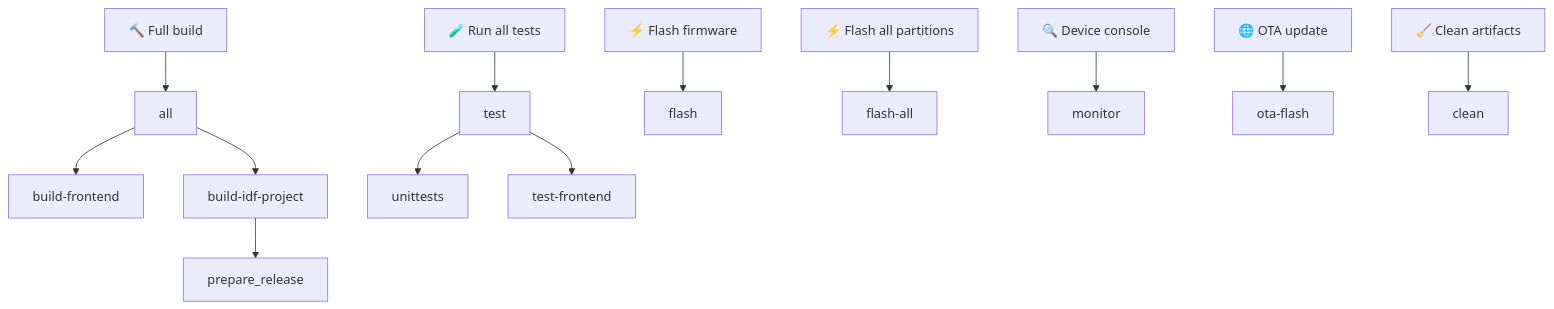
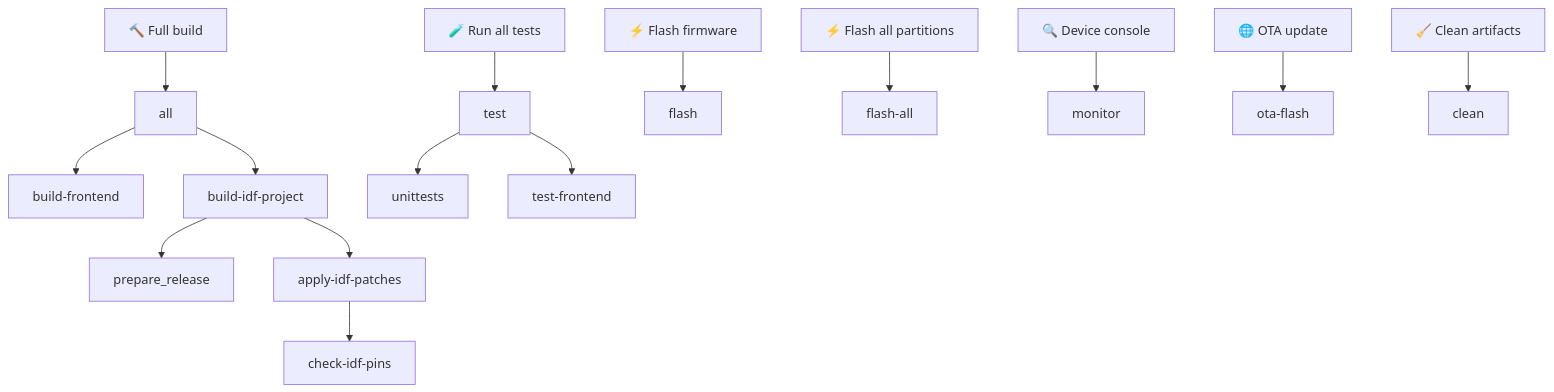
The first of 2 diagrams in README.md (wirenboard/wb-mge), drawn with Mermaid before and after one commit. The commit also changed other lines of this file and 1 other file, not shown here.

````diff
--- a/README.md
+++ b/README.md
@@ -267,16 +475,18 @@
 ```mermaid
 graph TD
     B["🔨 Full build"] --> all
     T["🧪 Run all tests"] --> test
     F["⚡ Flash firmware"] --> flash
     FA["⚡ Flash all partitions"] --> flash-all
     M["🔍 Device console"] --> monitor
     O["🌐 OTA update"] --> ota-flash
     C["🧹 Clean artifacts"] --> clean
 
     all --> build-frontend
     all --> build-idf-project
     build-idf-project --> prepare_release
+    build-idf-project --> apply-idf-patches
+    apply-idf-patches --> check-idf-pins
     test --> unittests
     test --> test-frontend
 ```
````
